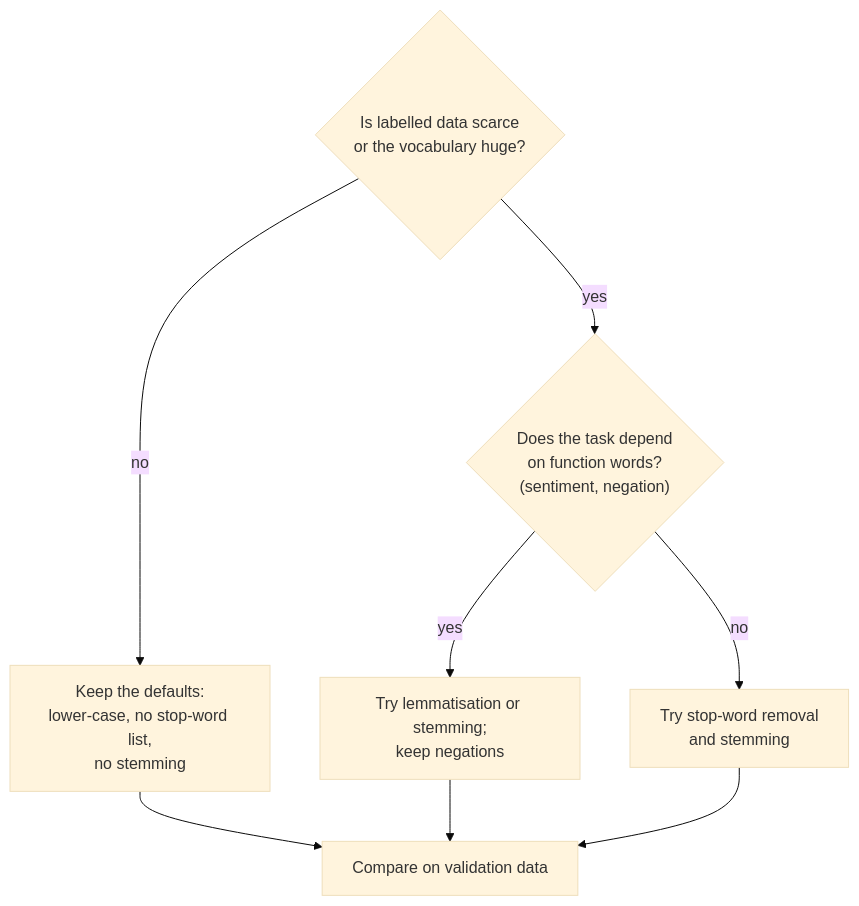
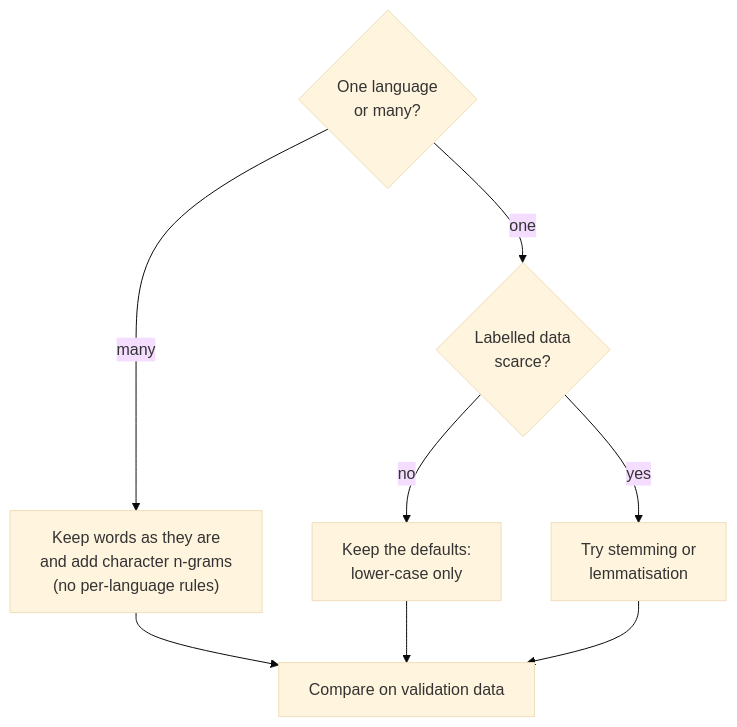
The second of 2 diagrams in sessions/13-classical-nlp/theory/01-text-as-data.md (khoadaniel/statistical-programming-mpmd-htw-ws-2026), drawn with Mermaid (base theme) before and after one commit. The commit also changed other lines of this file and 268 other files, not shown here.

````diff
--- a/sessions/13-classical-nlp/theory/01-text-as-data.md
+++ b/sessions/13-classical-nlp/theory/01-text-as-data.md
@@ -106,10 +112,10 @@
 ```mermaid
 flowchart TD
-    Q{"Is labelled data scarce<br/>or the vocabulary huge?"} -->|no| K["Keep the defaults:<br/>lower-case, no stop-word list,<br/>no stemming"]
-    Q -->|yes| S{"Does the task depend<br/>on function words?<br/>(sentiment, negation)"}
-    S -->|yes| L["Try lemmatisation or stemming;<br/>keep negations"]
-    S -->|no| R["Try stop-word removal<br/>and stemming"]
-    K --> V["Compare on validation data"]
+    Q{"One language<br/>or many?"} -->|one| S{"Labelled data<br/>scarce?"}
+    Q -->|many| C["Keep words as they are<br/>and add character n-grams<br/>(no per-language rules)"]
+    S -->|no| K["Keep the defaults:<br/>lower-case only"]
+    S -->|yes| L["Try stemming or<br/>lemmatisation"]
+    C --> V["Compare on validation data"]
+    K --> V
     L --> V
-    R --> V
 ```
````
